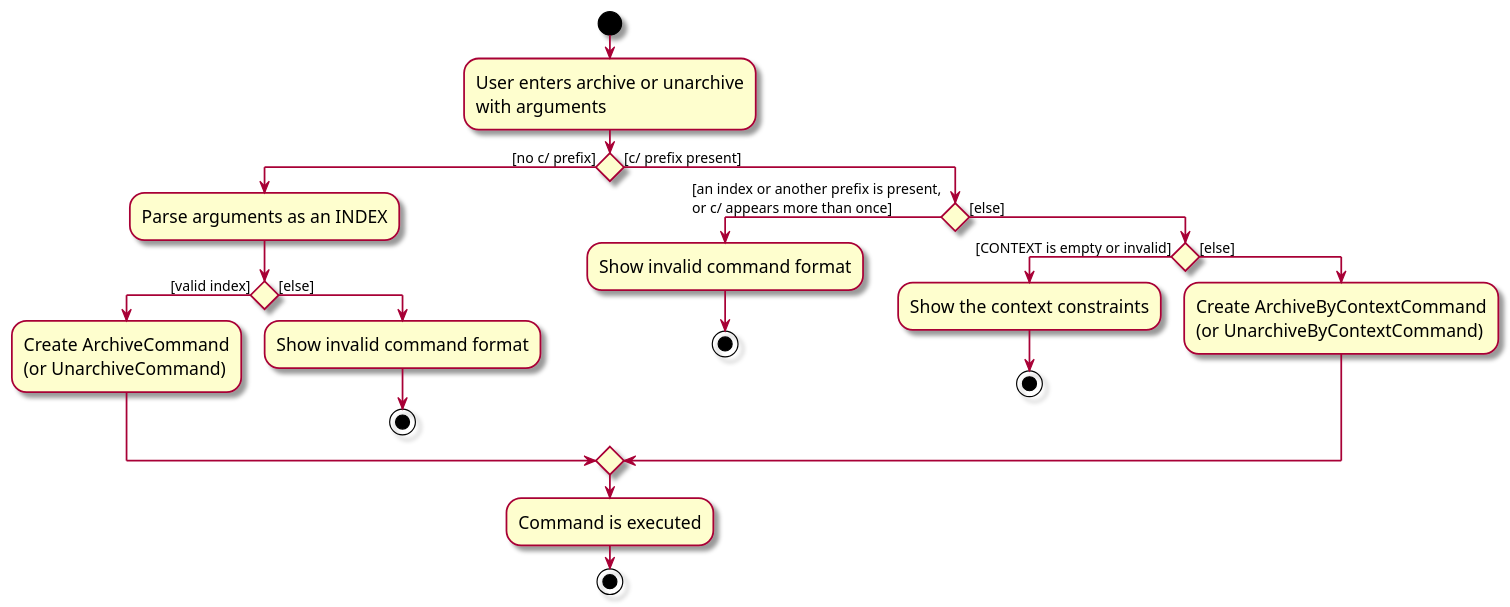
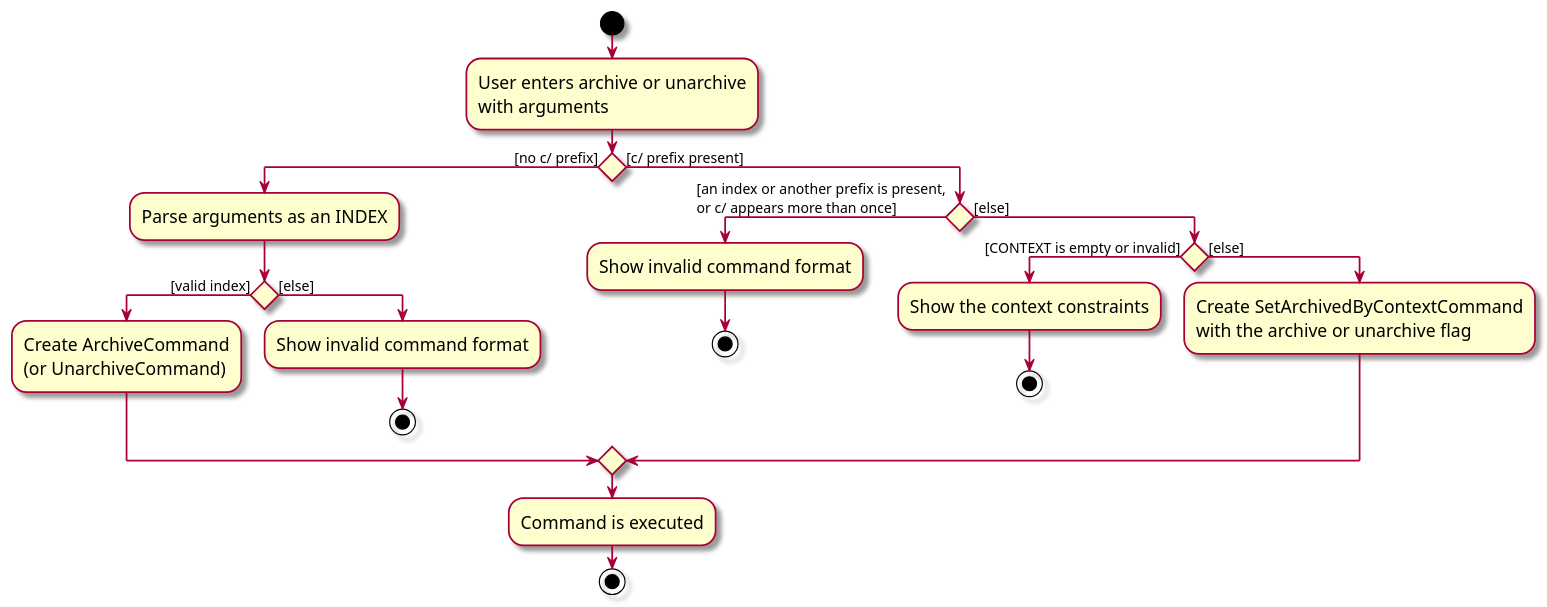
The diagram in docs/diagrams/ArchiveParseActivityDiagram.puml (AY2627S1-CS2103T-W10-2/tp), drawn with PlantUML before and after one commit. The commit also changed 20 other files, not shown here.

First line of the commit message:
Merge archive and unarchive with an archived flag

```diff
--- a/docs/diagrams/ArchiveParseActivityDiagram.puml
+++ b/docs/diagrams/ArchiveParseActivityDiagram.puml
@@ -1,34 +1,34 @@
 @startuml
 skin rose
 skinparam ActivityFontSize 15
 skinparam ArrowFontSize 12
 start
 :User enters archive or unarchive
 with arguments;
 
 if () then ([no c/ prefix])
     :Parse arguments as an INDEX;
     if () then ([valid index])
         :Create ArchiveCommand
         (or UnarchiveCommand);
     else ([else])
         :Show invalid command format;
         stop
     endif
 else ([c/ prefix present])
     if () then ([an index or another prefix is present,\nor c/ appears more than once])
         :Show invalid command format;
         stop
     else ([else])
         if () then ([CONTEXT is empty or invalid])
             :Show the context constraints;
             stop
         else ([else])
-            :Create ArchiveByContextCommand
-            (or UnarchiveByContextCommand);
+            :Create SetArchivedByContextCommand
+            with the archive or unarchive flag;
         endif
     endif
 endif
 :Command is executed;
 stop
 @enduml
```
